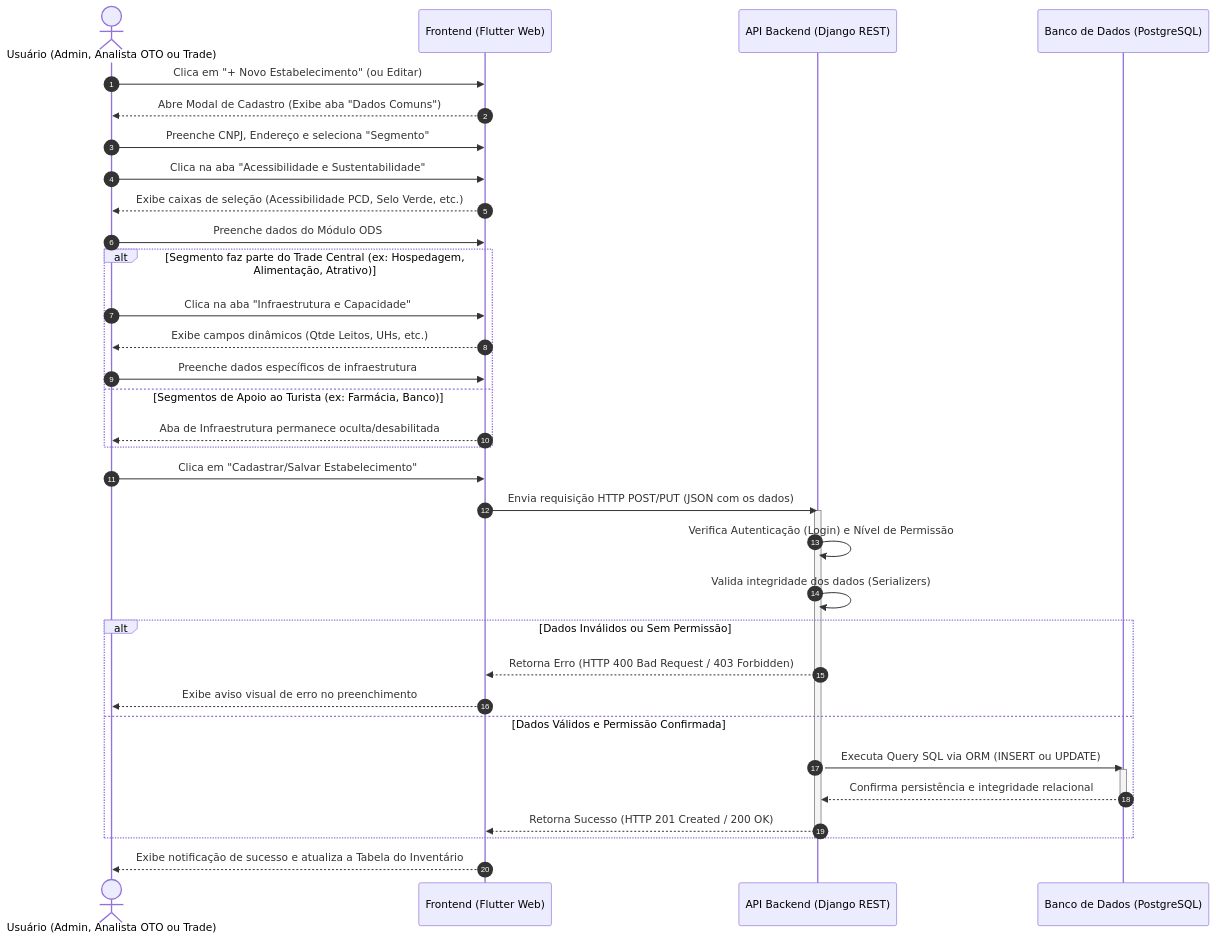
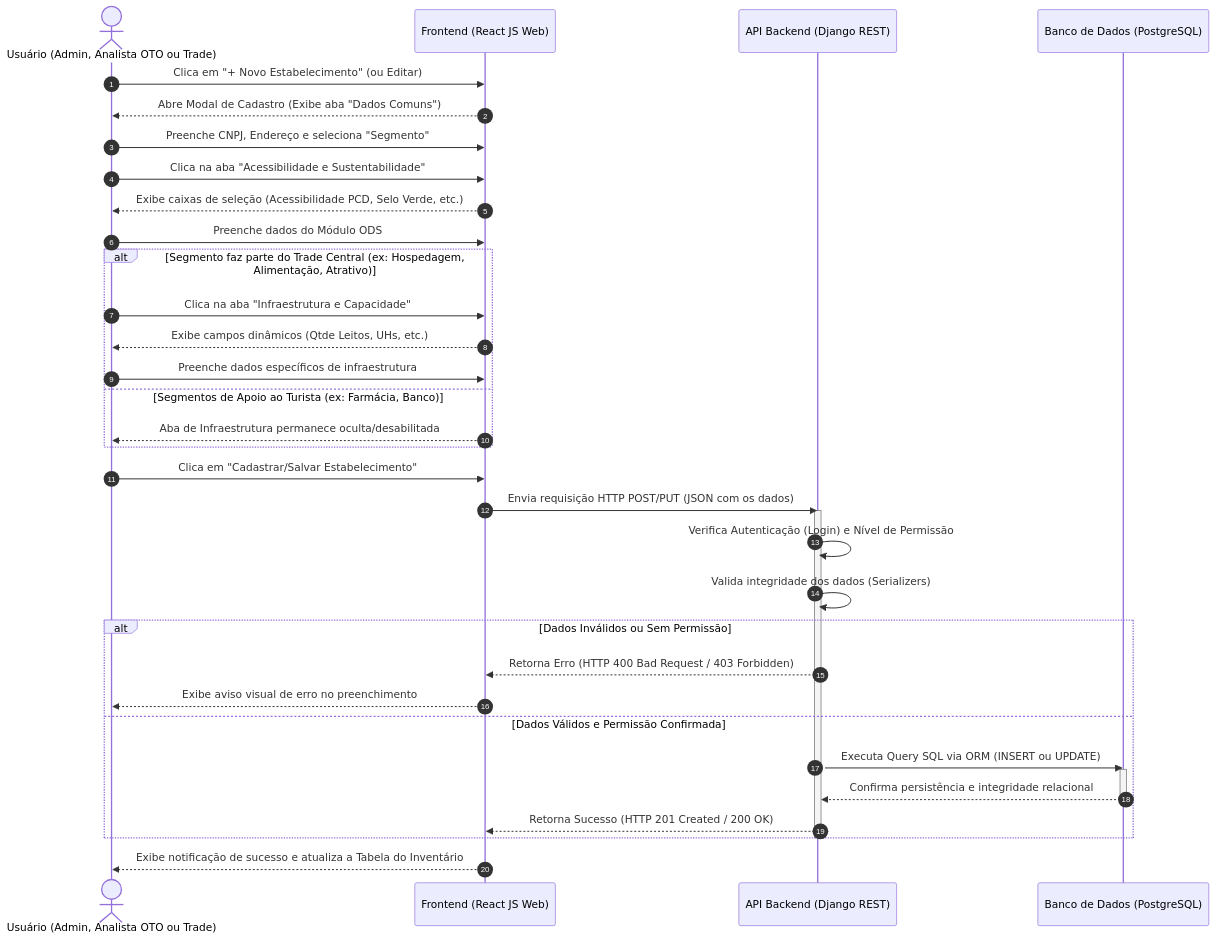
Before and after one commit to ThValverde/SSC0620_Engenharia_de_Software_Projeto_E11: the diagram in docs/models/sequence/seq_crud_inventario.md, drawn with Mermaid. The commit also changed 3 other files, not shown here.

````diff
--- a/docs/models/sequence/seq_crud_inventario.md
+++ b/docs/models/sequence/seq_crud_inventario.md
@@ -1,46 +1,46 @@
 ```mermaid
 sequenceDiagram
     autonumber
     actor U as Usuário (Admin, Analista OTO ou Trade)
-    participant F as Frontend (Flutter Web)
+    participant F as Frontend (React JS Web)
     participant B as API Backend (Django REST)
     participant DB as Banco de Dados (PostgreSQL)
 
     U->>F: Clica em "+ Novo Estabelecimento" (ou Editar)
     F-->>U: Abre Modal de Cadastro (Exibe aba "Dados Comuns")
     
     U->>F: Preenche CNPJ, Endereço e seleciona "Segmento"
     
     U->>F: Clica na aba "Acessibilidade e Sustentabilidade"
     F-->>U: Exibe caixas de seleção (Acessibilidade PCD, Selo Verde, etc.)
     U->>F: Preenche dados do Módulo ODS
     
     alt Segmento faz parte do Trade Central (ex: Hospedagem, Alimentação, Atrativo)
         U->>F: Clica na aba "Infraestrutura e Capacidade"
         F-->>U: Exibe campos dinâmicos (Qtde Leitos, UHs, etc.)
         U->>F: Preenche dados específicos de infraestrutura
     else Segmentos de Apoio ao Turista (ex: Farmácia, Banco)
         F-->>U: Aba de Infraestrutura permanece oculta/desabilitada
     end
 
     U->>F: Clica em "Cadastrar/Salvar Estabelecimento"
     F->>B: Envia requisição HTTP POST/PUT (JSON com os dados)
     
     activate B
     B->>B: Verifica Autenticação (Login) e Nível de Permissão
     B->>B: Valida integridade dos dados (Serializers)
     
     alt Dados Inválidos ou Sem Permissão
         B-->>F: Retorna Erro (HTTP 400 Bad Request / 403 Forbidden)
         F-->>U: Exibe aviso visual de erro no preenchimento
     else Dados Válidos e Permissão Confirmada
         B->>DB: Executa Query SQL via ORM (INSERT ou UPDATE)
         activate DB
         DB-->>B: Confirma persistência e integridade relacional
         deactivate DB
         B-->>F: Retorna Sucesso (HTTP 201 Created / 200 OK)
     end
     deactivate B
 
     F-->>U: Exibe notificação de sucesso e atualiza a Tabela do Inventário
 ```
````
